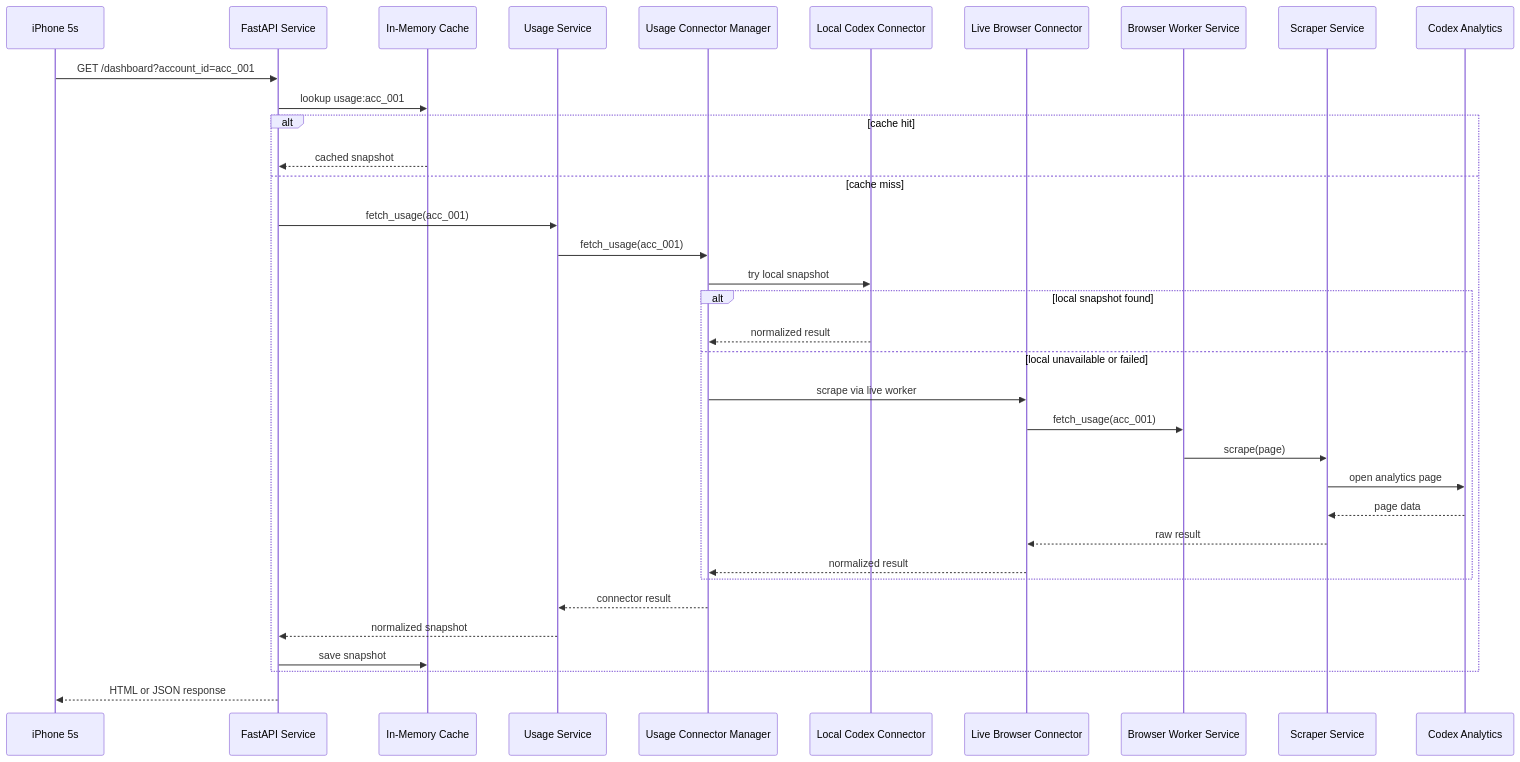
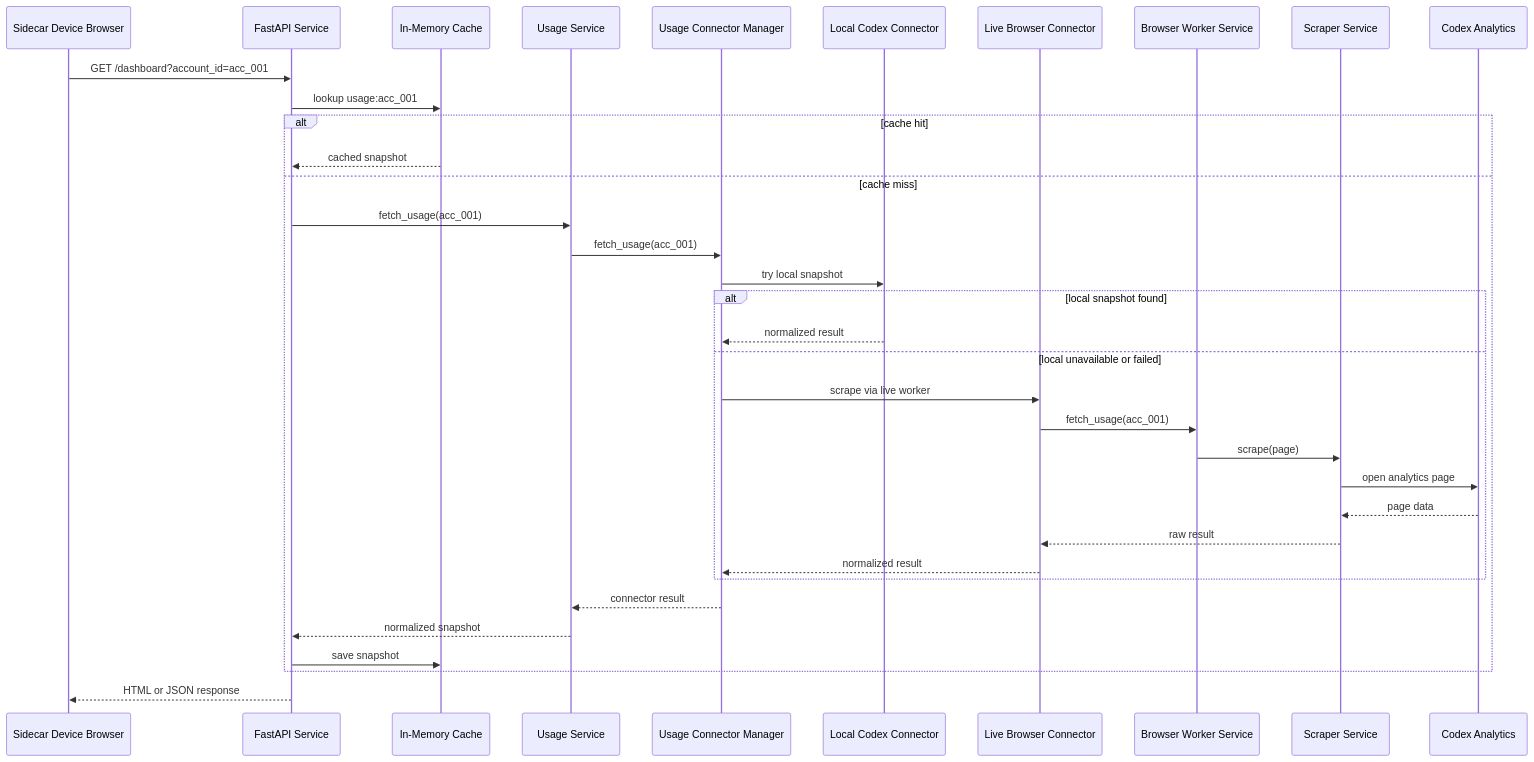
Before and after one commit to gbs00/Token_BI: the third of 3 diagrams in TECH_ARCHITECTURE.md, drawn with Mermaid. The commit also changed other lines of this file and 21 other files, not shown here.

````diff
--- a/TECH_ARCHITECTURE.md
+++ b/TECH_ARCHITECTURE.md
@@ -448,38 +516,38 @@
 ```mermaid
 sequenceDiagram
-    participant Phone as iPhone 5s
+    participant Sidecar as Sidecar Device Browser
     participant API as FastAPI Service
     participant Cache as In-Memory Cache
     participant Usage as Usage Service
     participant Connectors as Usage Connector Manager
     participant Local as Local Codex Connector
     participant Web as Live Browser Connector
     participant Worker as Browser Worker Service
     participant Scraper as Scraper Service
     participant Codex as Codex Analytics
 
-    Phone->>API: GET /dashboard?account_id=acc_001
+    Sidecar->>API: GET /dashboard?account_id=acc_001
     API->>Cache: lookup usage:acc_001
     alt cache hit
         Cache-->>API: cached snapshot
     else cache miss
         API->>Usage: fetch_usage(acc_001)
         Usage->>Connectors: fetch_usage(acc_001)
         Connectors->>Local: try local snapshot
         alt local snapshot found
             Local-->>Connectors: normalized result
         else local unavailable or failed
             Connectors->>Web: scrape via live worker
             Web->>Worker: fetch_usage(acc_001)
             Worker->>Scraper: scrape(page)
             Scraper->>Codex: open analytics page
             Codex-->>Scraper: page data
             Scraper-->>Web: raw result
             Web-->>Connectors: normalized result
         end
         Connectors-->>Usage: connector result
         Usage-->>API: normalized snapshot
         API->>Cache: save snapshot
     end
-    API-->>Phone: HTML or JSON response
+    API-->>Sidecar: HTML or JSON response
 ```
````
